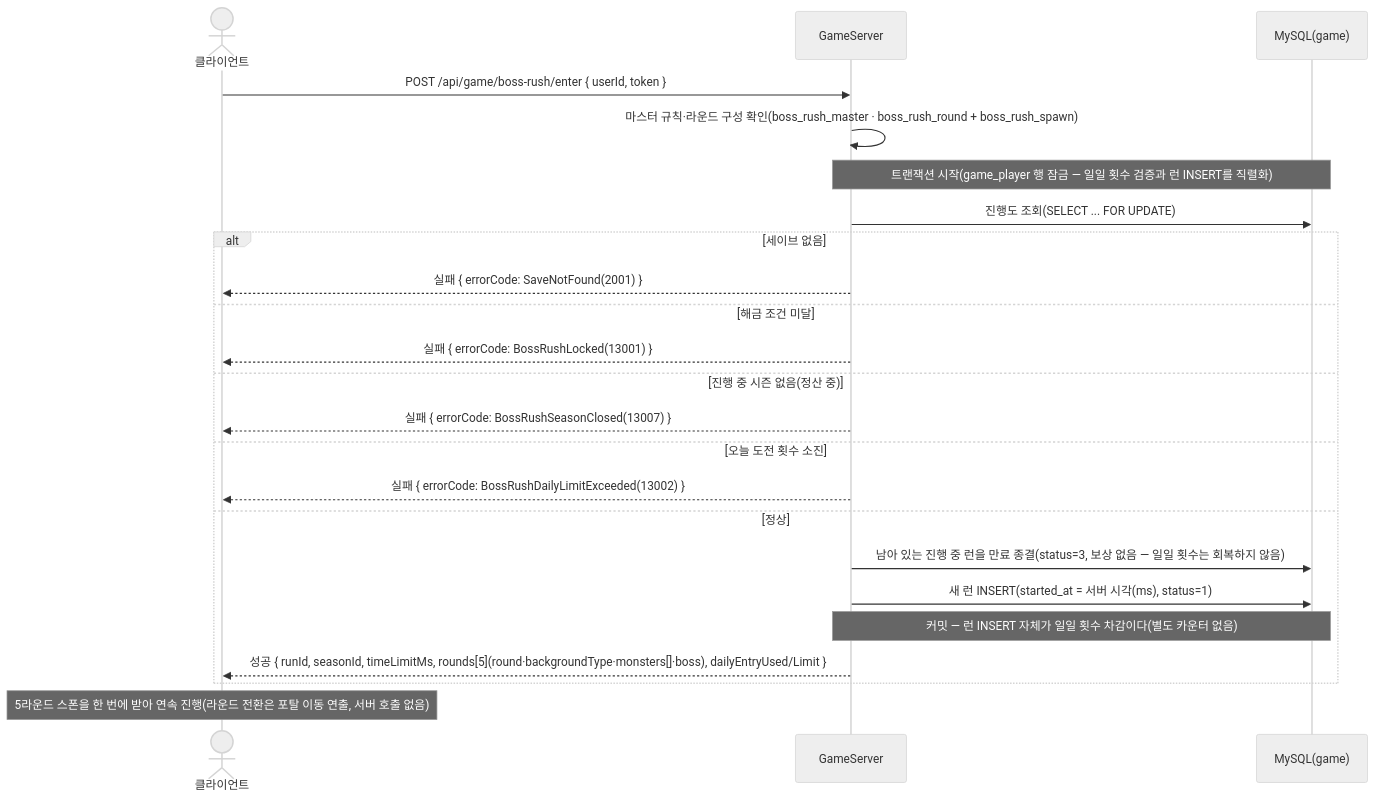
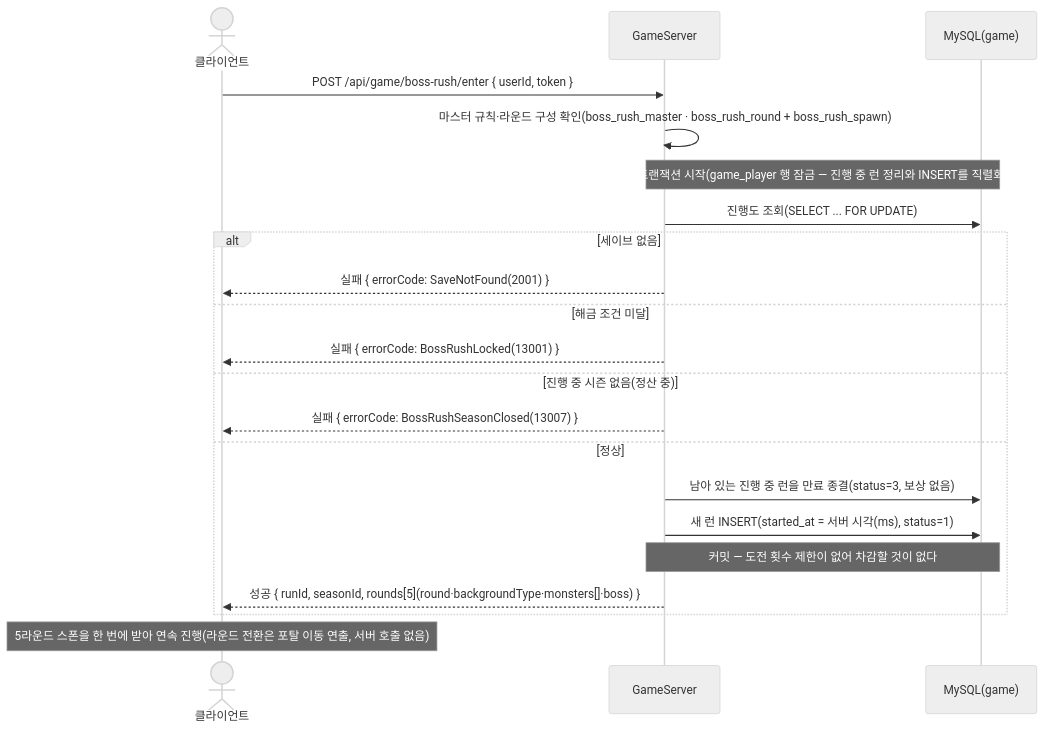
Diagram 42 of 46 in SequenceDiagram/README.md (ks-wook/com2us-taskbar-hero), drawn with Mermaid (neutral theme) before and after one commit. The commit also changed other lines of this file and 13 other files, not shown here.

````diff
--- a/SequenceDiagram/README.md
+++ b/SequenceDiagram/README.md
@@ -1377,26 +1378,24 @@
 ```mermaid
 sequenceDiagram
     actor C as 클라이언트
     participant S as GameServer
     participant DB as MySQL(game)
 
     C->>S: POST /api/game/boss-rush/enter { userId, token }
     S->>S: 마스터 규칙·라운드 구성 확인(boss_rush_master · boss_rush_round + boss_rush_spawn)
-    Note over S,DB: 트랜잭션 시작(game_player 행 잠금 — 일일 횟수 검증과 런 INSERT를 직렬화)
+    Note over S,DB: 트랜잭션 시작(game_player 행 잠금 — 진행 중 런 정리와 INSERT를 직렬화)
     S->>DB: 진행도 조회(SELECT ... FOR UPDATE)
     alt 세이브 없음
         S-->>C: 실패 { errorCode: SaveNotFound(2001) }
     else 해금 조건 미달
         S-->>C: 실패 { errorCode: BossRushLocked(13001) }
     else 진행 중 시즌 없음(정산 중)
         S-->>C: 실패 { errorCode: BossRushSeasonClosed(13007) }
-    else 오늘 도전 횟수 소진
-        S-->>C: 실패 { errorCode: BossRushDailyLimitExceeded(13002) }
     else 정상
-        S->>DB: 남아 있는 진행 중 런을 만료 종결(status=3, 보상 없음 — 일일 횟수는 회복하지 않음)
+        S->>DB: 남아 있는 진행 중 런을 만료 종결(status=3, 보상 없음)
         S->>DB: 새 런 INSERT(started_at = 서버 시각(ms), status=1)
-        Note over S,DB: 커밋 — 런 INSERT 자체가 일일 횟수 차감이다(별도 카운터 없음)
-        S-->>C: 성공 { runId, seasonId, timeLimitMs, rounds[5](round·backgroundType·monsters[]·boss), dailyEntryUsed/Limit }
+        Note over S,DB: 커밋 — 도전 횟수 제한이 없어 차감할 것이 없다
+        S-->>C: 성공 { runId, seasonId, rounds[5](round·backgroundType·monsters[]·boss) }
     end
     Note over C: 5라운드 스폰을 한 번에 받아 연속 진행(라운드 전환은 포탈 이동 연출, 서버 호출 없음)
 ```
````
